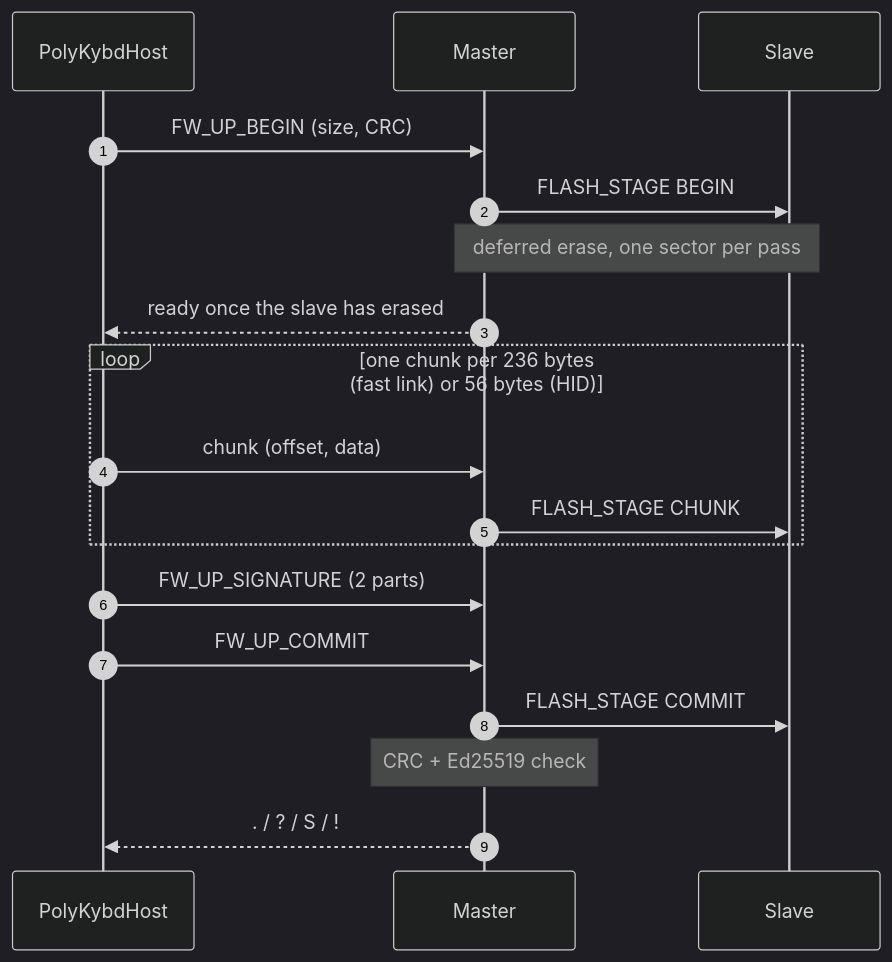
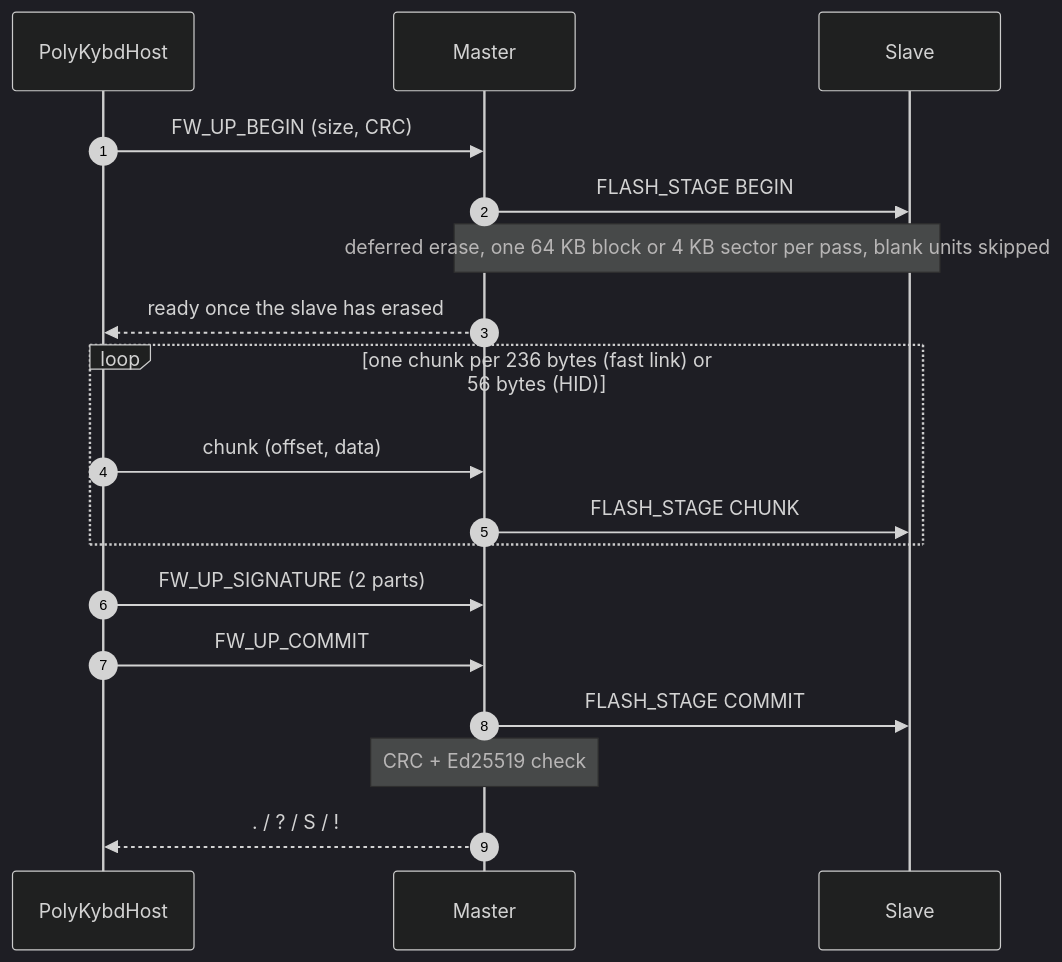
One commit to thpoll83/polykybd-docs changed the diagram in src/content/docs/beyond-qmk/firmware-update.mdx. Above: the diagram before and after it, drawn with Mermaid (dark theme). The commit also changed other lines of this file and 3 other files, not shown here.

````diff
--- a/src/content/docs/beyond-qmk/firmware-update.mdx
+++ b/src/content/docs/beyond-qmk/firmware-update.mdx
@@ -73,20 +74,20 @@
 ```mermaid
 sequenceDiagram
   autonumber
   participant H as PolyKybdHost
   participant M as Master
   participant S as Slave
   H->>M: FW_UP_BEGIN (size, CRC)
   M->>S: FLASH_STAGE BEGIN
-  Note over M,S: deferred erase, one sector per pass
+  Note over M,S: deferred erase, one 64 KB block or 4 KB sector per pass, blank units skipped
   M-->>H: ready once the slave has erased
   loop one chunk per 236 bytes (fast link) or 56 bytes (HID)
     H->>M: chunk (offset, data)
     M->>S: FLASH_STAGE CHUNK
   end
   H->>M: FW_UP_SIGNATURE (2 parts)
   H->>M: FW_UP_COMMIT
   M->>S: FLASH_STAGE COMMIT
   Note over M: CRC + Ed25519 check
   M-->>H: . / ? / S / !
 ```
````
